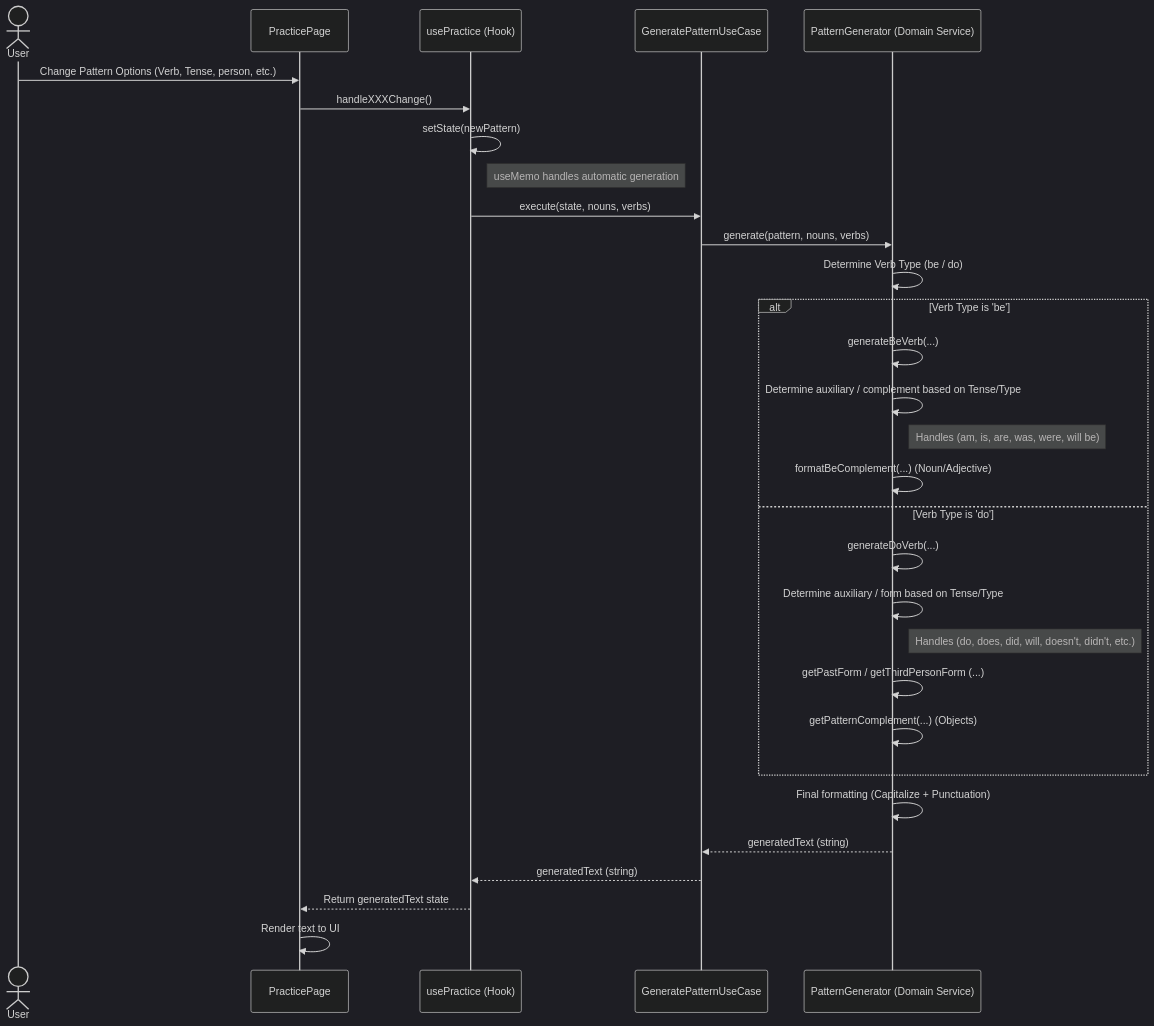
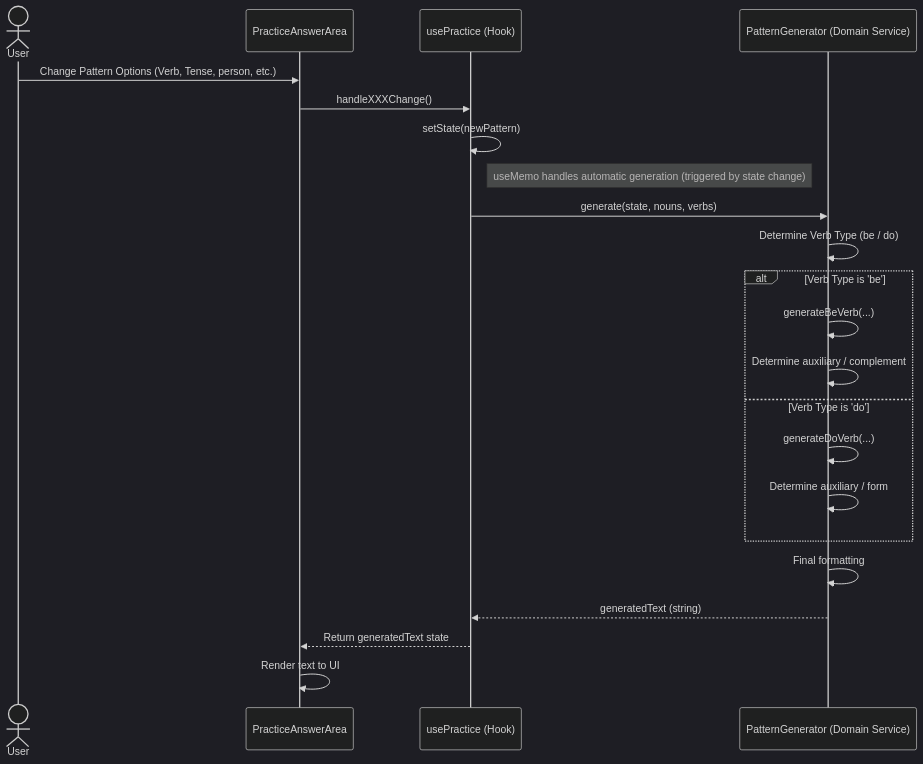
One commit to kayamak/grid9-english changed the diagram in docs/sequence-diagrams/practices/generatePattern.md. Above: the diagram before and after it, drawn with Mermaid (dark theme). The commit also changed 16 other files, not shown here.

Commit message:
未使用コード削除とシーケンス図を更新

````diff
--- a/docs/sequence-diagrams/practices/generatePattern.md
+++ b/docs/sequence-diagrams/practices/generatePattern.md
@@ -3,39 +3,31 @@
 ```mermaid
 sequenceDiagram
     actor User
-    participant Page as PracticePage
+    participant Page as PracticeAnswerArea
     participant Hook as usePractice (Hook)
-    participant UseCase as GeneratePatternUseCase
     participant Service as PatternGenerator (Domain Service)
 
     User->>Page: Change Pattern Options (Verb, Tense, person, etc.)
     Page->>Hook: handleXXXChange()
     Hook->>Hook: setState(newPattern)
     
-    Note right of Hook: useMemo handles automatic generation
+    Note right of Hook: useMemo handles automatic generation (triggered by state change)
     
-    Hook->>UseCase: execute(state, nouns, verbs)
-    UseCase->>Service: generate(pattern, nouns, verbs)
+    Hook->>Service: generate(state, nouns, verbs)
     
     Service->>Service: Determine Verb Type (be / do)
     
     alt Verb Type is 'be'
         Service->>Service: generateBeVerb(...)
-        Service->>Service: Determine auxiliary / complement based on Tense/Type
-        Note right of Service: Handles (am, is, are, was, were, will be)
-        Service->>Service: formatBeComplement(...) (Noun/Adjective)
+        Service->>Service: Determine auxiliary / complement
     else Verb Type is 'do'
         Service->>Service: generateDoVerb(...)
-        Service->>Service: Determine auxiliary / form based on Tense/Type
-        Note right of Service: Handles (do, does, did, will, doesn't, didn't, etc.)
-        Service->>Service: getPastForm / getThirdPersonForm (...)
-        Service->>Service: getPatternComplement(...) (Objects)
+        Service->>Service: Determine auxiliary / form
     end
     
-    Service->>Service: Final formatting (Capitalize + Punctuation)
-    Service-->>UseCase: generatedText (string)
-    UseCase-->>Hook: generatedText (string)
+    Service->>Service: Final formatting
+    Service-->>Hook: generatedText (string)
     
     Hook-->>Page: Return generatedText state
     Page->>Page: Render text to UI
 ```
````
